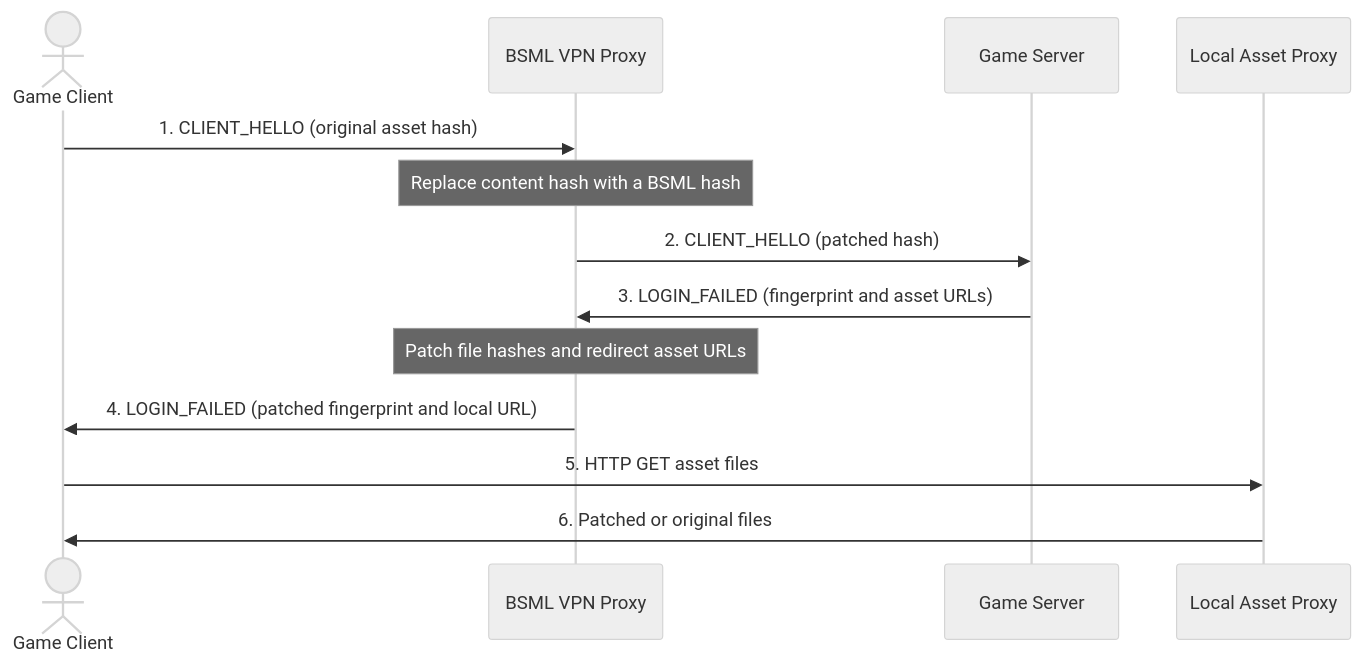
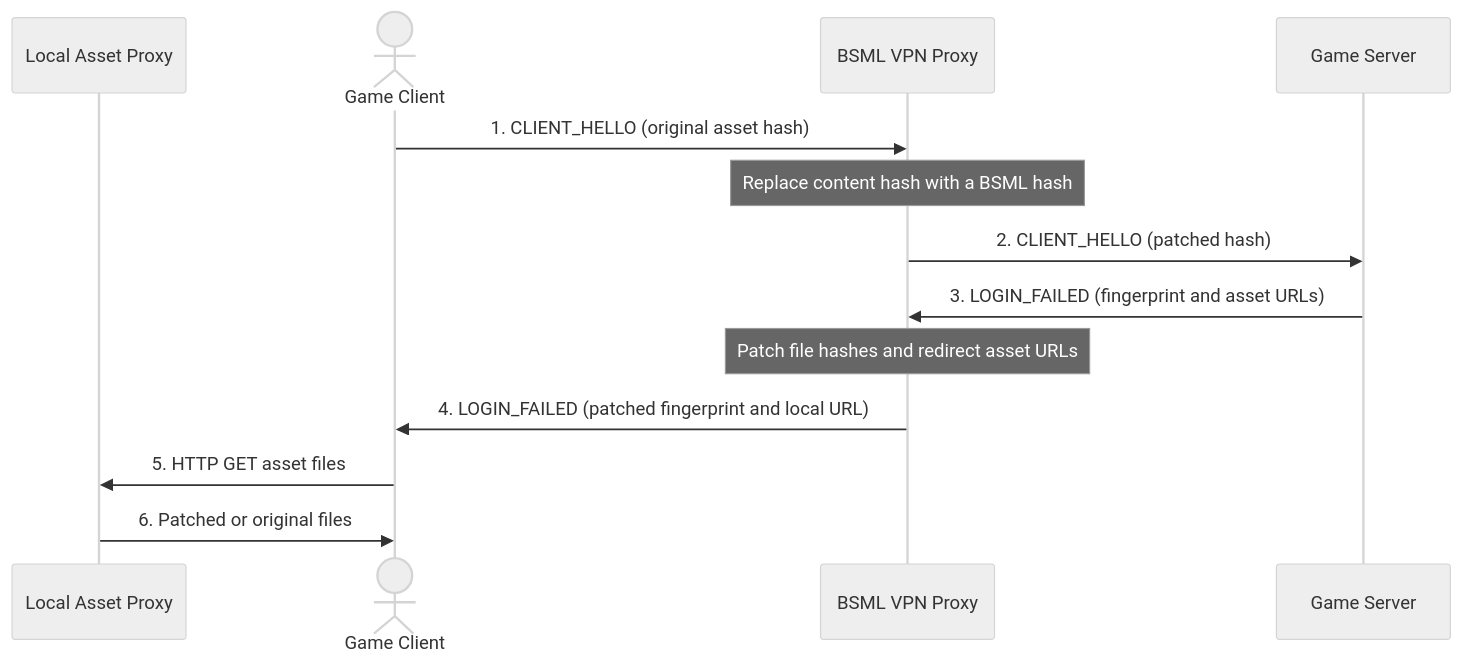
Before and after one commit to lilmuff2/bsml: the diagram in README_EN.md, drawn with Mermaid (neutral theme).

Commit message:
Fix duplicate participant in sequence diagram
Removed duplicate participant declaration for CDN in the sequence diagram.

````diff
--- a/README_EN.md
+++ b/README_EN.md
@@ -13,18 +13,19 @@
 ```mermaid
 sequenceDiagram
+    participant CDN as Local Asset Proxy
     actor Game as Game Client
     participant Proxy as BSML VPN Proxy
     participant Server as Game Server
-    participant CDN as Local Asset Proxy
+    
 
     Game->>Proxy: 1. CLIENT_HELLO (original asset hash)
     Note over Proxy: Replace content hash with a BSML hash
     Proxy->>Server: 2. CLIENT_HELLO (patched hash)
 
     Server->>Proxy: 3. LOGIN_FAILED (fingerprint and asset URLs)
     Note over Proxy: Patch file hashes and redirect asset URLs
     Proxy->>Game: 4. LOGIN_FAILED (patched fingerprint and local URL)
 
     Game->>CDN: 5. HTTP GET asset files
     CDN->>Game: 6. Patched or original files
 ```
````
